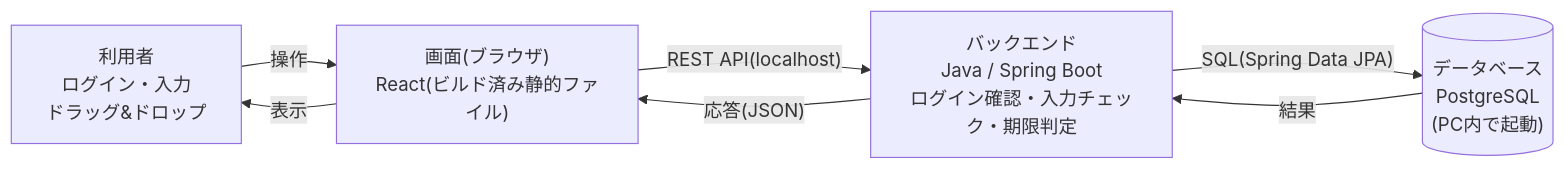
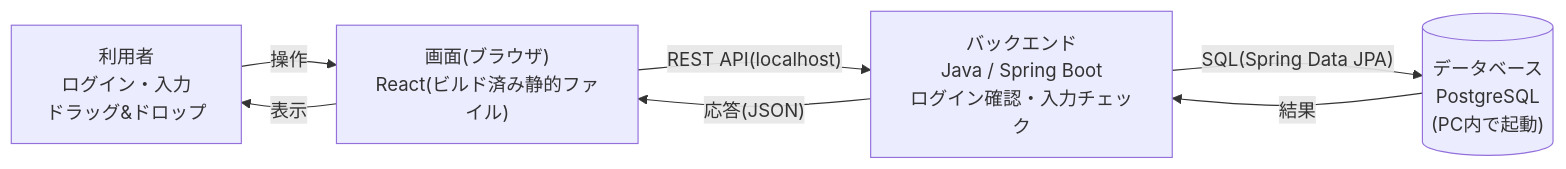
The second of 3 diagrams in docs/diagrams.md (chengdanei48-beep/TaskManagment), drawn with Mermaid before and after one commit. The commit also changed other lines of this file and 5 other files, not shown here.

````diff
--- a/docs/diagrams.md
+++ b/docs/diagrams.md
@@ -48,14 +48,14 @@
 ```mermaid
 flowchart LR
     User["利用者\nログイン・入力\nドラッグ&ドロップ"]
     Browser["画面(ブラウザ)\nReact(ビルド済み静的ファイル)"]
-    Server["バックエンド\nJava / Spring Boot\nログイン確認・入力チェック・期限判定"]
+    Server["バックエンド\nJava / Spring Boot\nログイン確認・入力チェック"]
     DB[("データベース\nPostgreSQL\n(PC内で起動)")]
 
     User -- 操作 --> Browser
     Browser -- 表示 --> User
     Browser -- "REST API(localhost)" --> Server
     Server -- 応答(JSON) --> Browser
     Server -- "SQL(Spring Data JPA)" --> DB
     DB -- 結果 --> Server
 ```
````
